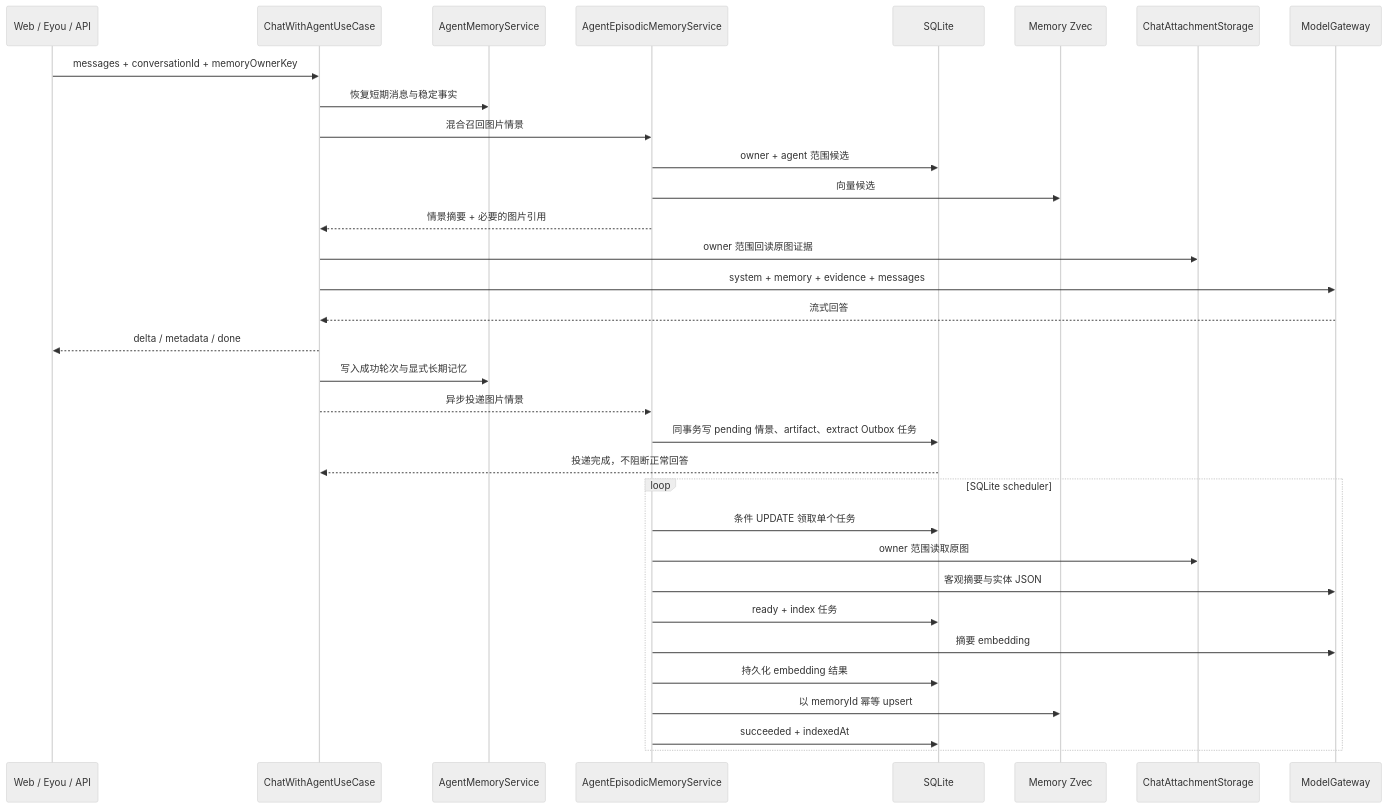
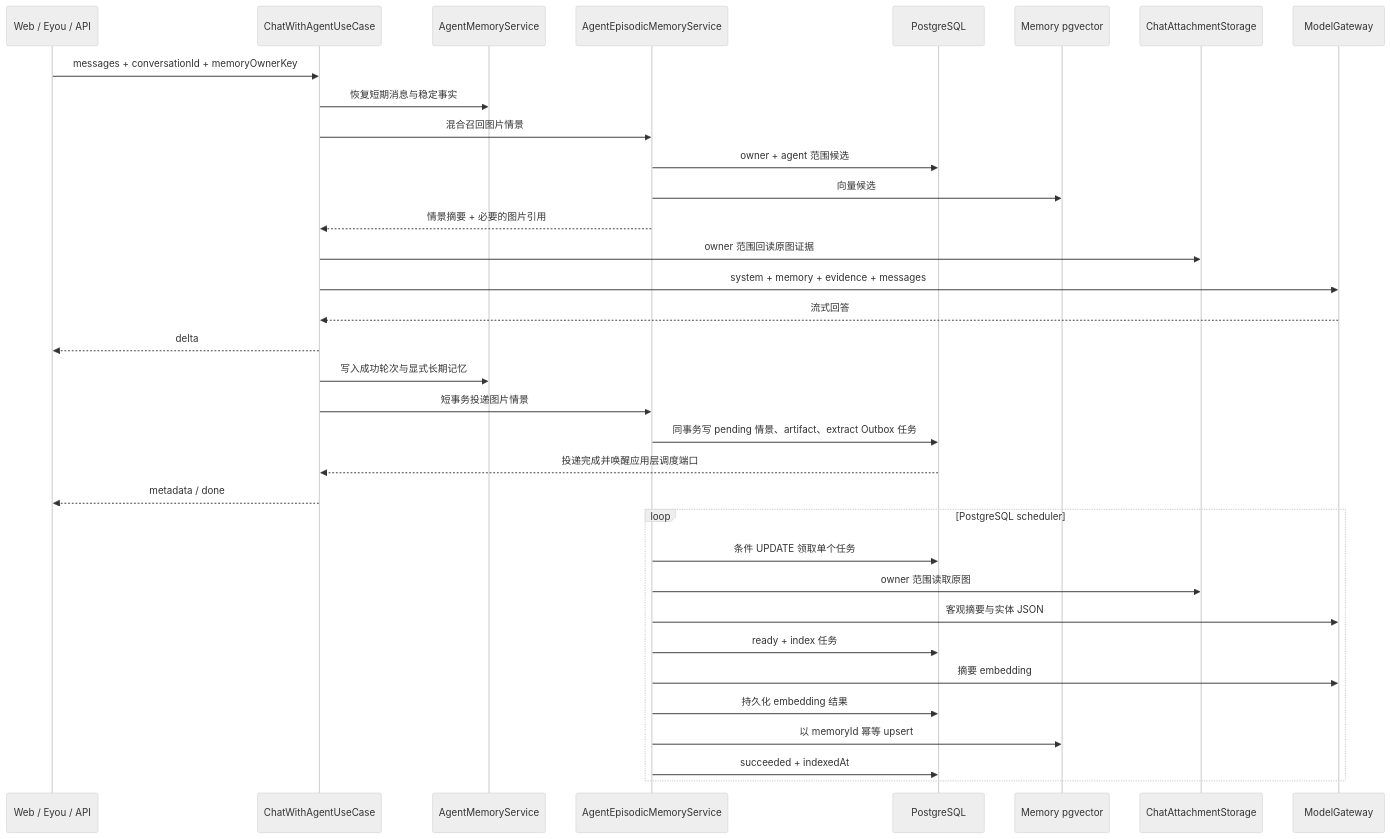
The first of 3 diagrams in docs/modules/agent-memory.md (yiting001/agent), drawn with Mermaid (neutral theme) before and after one commit. The commit also changed other lines of this file and 97 other files, not shown here.

````diff
--- a/docs/modules/agent-memory.md
+++ b/docs/modules/agent-memory.md
@@ -76,36 +76,37 @@
 ```mermaid
 sequenceDiagram
   participant UI as Web / Eyou / API
   participant Chat as ChatWithAgentUseCase
   participant Stable as AgentMemoryService
   participant Episode as AgentEpisodicMemoryService
-  participant DB as SQLite
-  participant Index as Memory Zvec
+  participant DB as PostgreSQL
+  participant Index as Memory pgvector
   participant Media as ChatAttachmentStorage
   participant Model as ModelGateway
 
   UI->>Chat: messages + conversationId + memoryOwnerKey
   Chat->>Stable: 恢复短期消息与稳定事实
   Chat->>Episode: 混合召回图片情景
   Episode->>DB: owner + agent 范围候选
   Episode->>Index: 向量候选
   Episode-->>Chat: 情景摘要 + 必要的图片引用
   Chat->>Media: owner 范围回读原图证据
   Chat->>Model: system + memory + evidence + messages
   Model-->>Chat: 流式回答
-  Chat-->>UI: delta / metadata / done
+  Chat-->>UI: delta
   Chat->>Stable: 写入成功轮次与显式长期记忆
-  Chat-->>Episode: 异步投递图片情景
+  Chat->>Episode: 短事务投递图片情景
   Episode->>DB: 同事务写 pending 情景、artifact、extract Outbox 任务
-  DB-->>Chat: 投递完成，不阻断正常回答
-  loop SQLite scheduler
+  DB-->>Chat: 投递完成并唤醒应用层调度端口
+  Chat-->>UI: metadata / done
+  loop PostgreSQL scheduler
     Episode->>DB: 条件 UPDATE 领取单个任务
     Episode->>Media: owner 范围读取原图
     Episode->>Model: 客观摘要与实体 JSON
     Episode->>DB: ready + index 任务
     Episode->>Model: 摘要 embedding
     Episode->>DB: 持久化 embedding 结果
     Episode->>Index: 以 memoryId 幂等 upsert
     Episode->>DB: succeeded + indexedAt
   end
 ```
````
